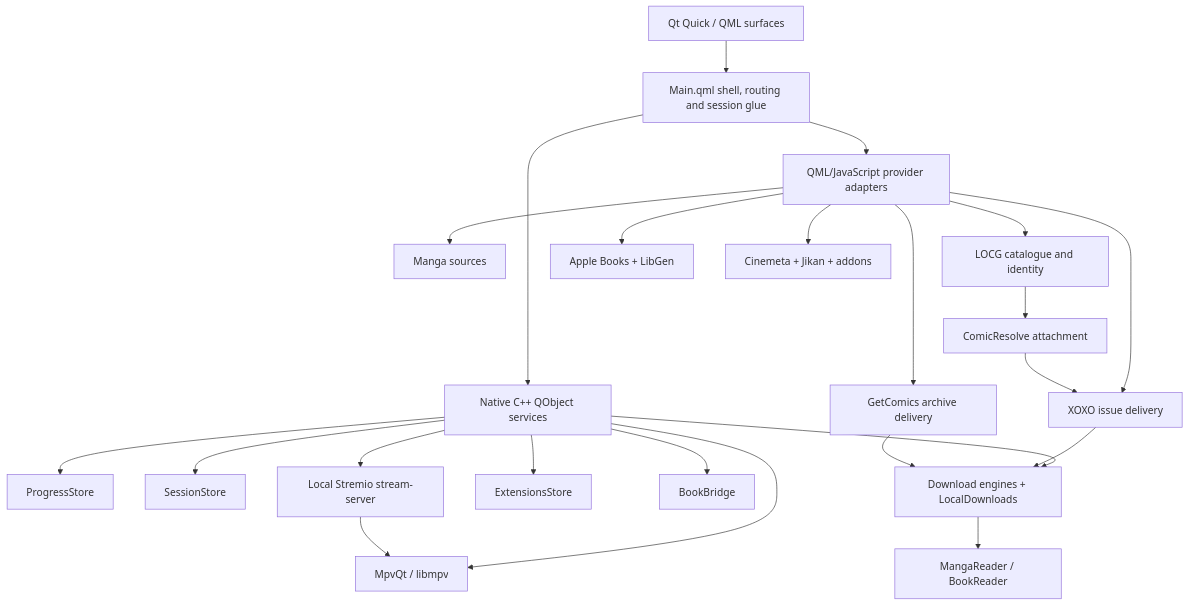
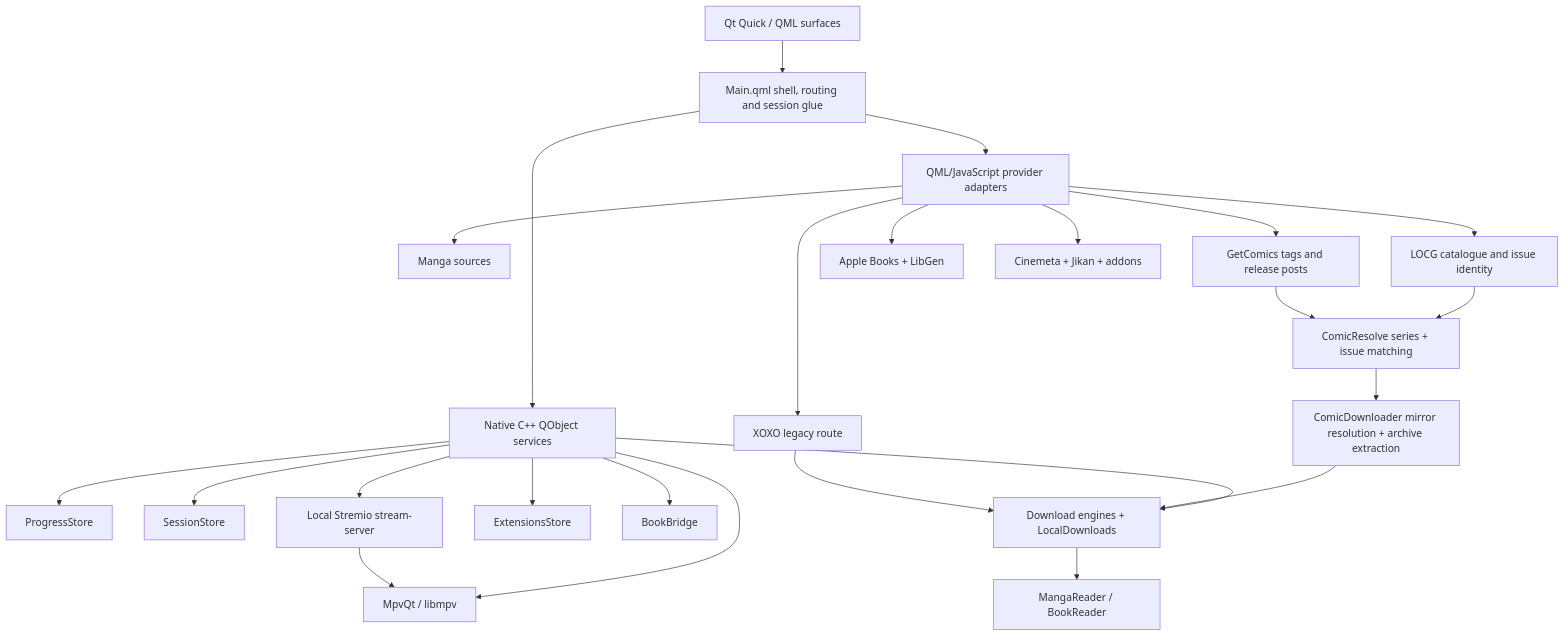
Before and after one commit to kingoftheseas56/Colosseum: the diagram in README.md, drawn with Mermaid. The commit also changed other lines of this file, not shown here.

Commit message:
docs: reflect GetComics-backed comics architecture

````diff
--- a/README.md
+++ b/README.md
@@ -276,31 +280,32 @@
 ```mermaid
 flowchart TB
     UI[Qt Quick / QML surfaces]
     Shell[Main.qml shell, routing and session glue]
 
     UI --> Shell
     Shell --> Native[Native C++ QObject services]
     Shell --> Providers[QML/JavaScript provider adapters]
 
     Native --> Progress[ProgressStore]
     Native --> Sessions[SessionStore]
     Native --> Downloads[Download engines + LocalDownloads]
     Native --> Extensions[ExtensionsStore]
     Native --> BookBridge[BookBridge]
     Native --> Player[MpvQt / libmpv]
     Native --> StreamServer[Local Stremio stream-server]
 
     Providers --> Manga[Manga sources]
-    Providers --> ComicsCatalog[LOCG catalogue and identity]
-    Providers --> Xoxo[XOXO issue delivery]
-    Providers --> GetComics[GetComics archive delivery]
+    Providers --> ComicsCatalog[LOCG catalogue and issue identity]
+    Providers --> GetComics[GetComics tags and release posts]
+    Providers --> LegacyXoxo[XOXO legacy route]
     Providers --> Books[Apple Books + LibGen]
     Providers --> Theatre[Cinemeta + Jikan + addons]
 
-    ComicsCatalog --> Attach[ComicResolve attachment]
-    Attach --> Xoxo
-    Xoxo --> Downloads
-    GetComics --> Downloads
+    ComicsCatalog --> Attach[ComicResolve series + issue matching]
+    GetComics --> Attach
+    Attach --> ComicDownloader[ComicDownloader mirror resolution + archive extraction]
+    ComicDownloader --> Downloads
+    LegacyXoxo --> Downloads
     StreamServer --> Player
     Downloads --> Readers[MangaReader / BookReader]
 ```
````
